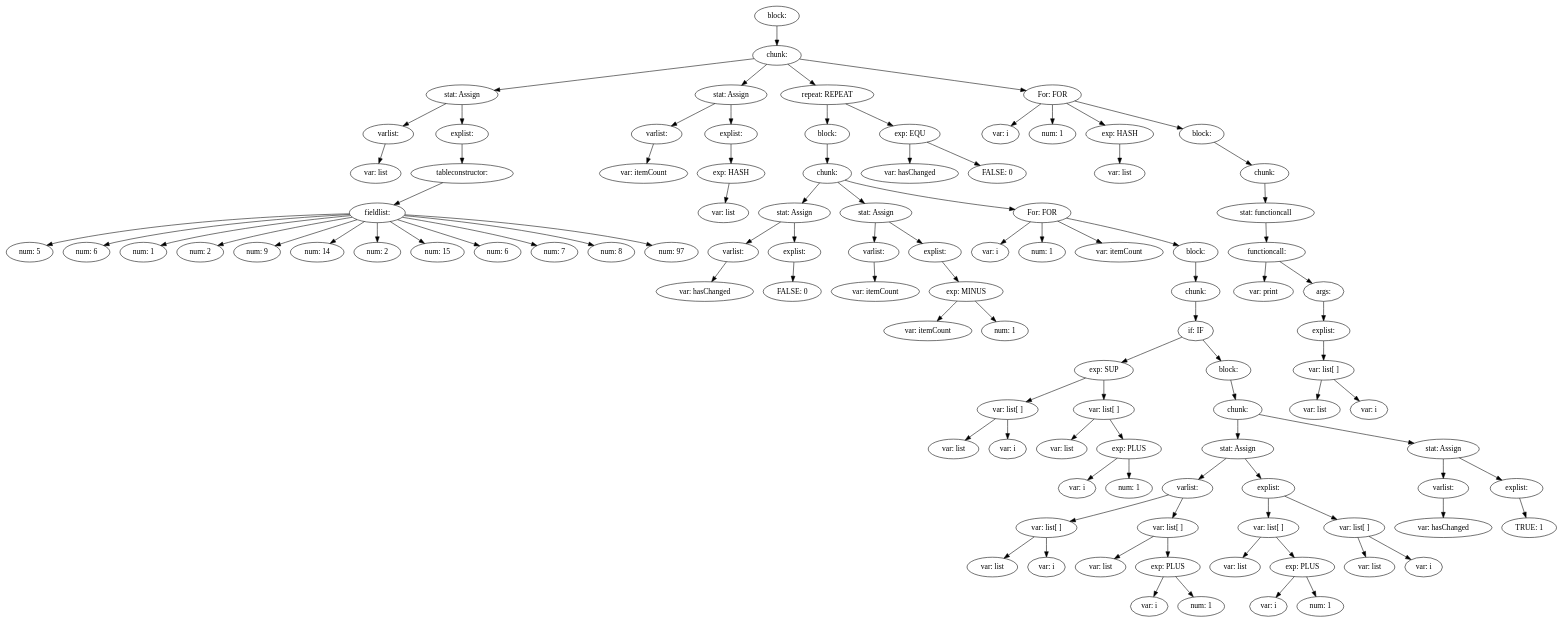
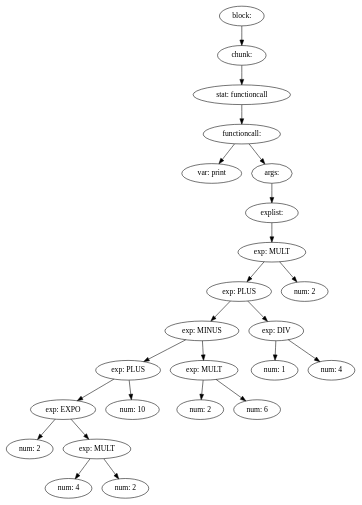
The diagram in ass2/source.md (Inkaru/compiler), drawn with Graphviz before and after one commit. The commit also changed 7 other files, not shown here.

````diff
--- a/ass2/source.md
+++ b/ass2/source.md
@@ -1,205 +1,51 @@
 ```graphviz
 digraph {
-100 [label="block: "];
-100 -> 18
-18 [label="chunk: "];
+23 [label="block: "];
+23 -> 22
+22 [label="chunk: "];
+22 -> 21
+21 [label="stat: functioncall"];
+21 -> 20
+20 [label="functioncall: "];
+20 -> 0
+20 -> 19
+0 [label="var: print"];
+19 [label="args: "];
+19 -> 18
+18 [label="explist: "];
 18 -> 17
-18 -> 24
-18 -> 84
-18 -> 99
-17 [label="stat: Assign"];
-17 -> 1
+17 [label="exp: MULT"];
+17 -> 15
 17 -> 16
-1 [label="varlist: "];
-1 -> 0
-0 [label="var: list"];
-16 [label="explist: "];
-16 -> 15
-15 [label="tableconstructor: "];
-15 -> 3
-3 [label="fieldlist: "];
-3 -> 2
-3 -> 4
-3 -> 5
-3 -> 6
-3 -> 7
-3 -> 8
-3 -> 9
-3 -> 10
-3 -> 11
-3 -> 12
-3 -> 13
-3 -> 14
-2 [label="num: 5"];
-4 [label="num: 6"];
-5 [label="num: 1"];
-6 [label="num: 2"];
-7 [label="num: 9"];
-8 [label="num: 14"];
-9 [label="num: 2"];
-10 [label="num: 15"];
-11 [label="num: 6"];
-12 [label="num: 7"];
-13 [label="num: 8"];
-14 [label="num: 97"];
-24 [label="stat: Assign"];
-24 -> 20
-24 -> 23
-20 [label="varlist: "];
-20 -> 19
-19 [label="var: itemCount"];
-23 [label="explist: "];
-23 -> 22
-22 [label="exp: HASH"];
-22 -> 21
-21 [label="var: list"];
-84 [label="repeat: REPEAT"];
-84 -> 80
-84 -> 83
-80 [label="block: "];
-80 -> 30
-30 [label="chunk: "];
-30 -> 29
-30 -> 37
-30 -> 79
-29 [label="stat: Assign"];
-29 -> 26
-29 -> 28
-26 [label="varlist: "];
-26 -> 25
-25 [label="var: hasChanged"];
-28 [label="explist: "];
-28 -> 27
-27 [label="FALSE: 0"];
-37 [label="stat: Assign"];
-37 -> 32
-37 -> 36
-32 [label="varlist: "];
-32 -> 31
-31 [label="var: itemCount"];
-36 [label="explist: "];
-36 -> 35
-35 [label="exp: MINUS"];
-35 -> 33
-35 -> 34
-33 [label="var: itemCount"];
-34 [label="num: 1"];
-79 [label="For: FOR"];
-79 -> 78
-79 -> 38
-79 -> 39
-79 -> 77
-78 [label="var: i"];
-38 [label="num: 1"];
-39 [label="var: itemCount"];
-77 [label="block: "];
-77 -> 76
-76 [label="chunk: "];
-76 -> 75
-75 [label="if: IF"];
-75 -> 48
-75 -> 74
-48 [label="exp: SUP"];
-48 -> 42
-48 -> 47
-42 [label="var: list[ ]"];
-42 -> 40
-42 -> 41
-40 [label="var: list"];
-41 [label="var: i"];
-47 [label="var: list[ ]"];
-47 -> 43
-47 -> 46
-43 [label="var: list"];
-46 [label="exp: PLUS"];
-46 -> 44
-46 -> 45
-44 [label="var: i"];
-45 [label="num: 1"];
-74 [label="block: "];
-74 -> 68
-68 [label="chunk: "];
-68 -> 67
-68 -> 73
-67 [label="stat: Assign"];
-67 -> 52
-67 -> 63
-52 [label="varlist: "];
-52 -> 51
-52 -> 57
-51 [label="var: list[ ]"];
-51 -> 49
-51 -> 50
-49 [label="var: list"];
-50 [label="var: i"];
-57 [label="var: list[ ]"];
-57 -> 53
-57 -> 56
-53 [label="var: list"];
-56 [label="exp: PLUS"];
-56 -> 54
-56 -> 55
-54 [label="var: i"];
-55 [label="num: 1"];
-63 [label="explist: "];
-63 -> 62
-63 -> 66
-62 [label="var: list[ ]"];
-62 -> 58
-62 -> 61
-58 [label="var: list"];
-61 [label="exp: PLUS"];
-61 -> 59
-61 -> 60
-59 [label="var: i"];
-60 [label="num: 1"];
-66 [label="var: list[ ]"];
-66 -> 64
-66 -> 65
-64 [label="var: list"];
-65 [label="var: i"];
-73 [label="stat: Assign"];
-73 -> 70
-73 -> 72
-70 [label="varlist: "];
-70 -> 69
-69 [label="var: hasChanged"];
-72 [label="explist: "];
-72 -> 71
-71 [label="TRUE: 1"];
-83 [label="exp: EQU"];
-83 -> 81
-83 -> 82
-81 [label="var: hasChanged"];
-82 [label="FALSE: 0"];
-99 [label="For: FOR"];
-99 -> 98
-99 -> 85
-99 -> 87
-99 -> 97
-98 [label="var: i"];
-85 [label="num: 1"];
-87 [label="exp: HASH"];
-87 -> 86
-86 [label="var: list"];
-97 [label="block: "];
-97 -> 96
-96 [label="chunk: "];
-96 -> 95
-95 [label="stat: functioncall"];
-95 -> 94
-94 [label="functioncall: "];
-94 -> 88
-94 -> 93
-88 [label="var: print"];
-93 [label="args: "];
-93 -> 92
-92 [label="explist: "];
-92 -> 91
-91 [label="var: list[ ]"];
-91 -> 89
-91 -> 90
-89 [label="var: list"];
-90 [label="var: i"];
+15 [label="exp: PLUS"];
+15 -> 11
+15 -> 14
+11 [label="exp: MINUS"];
+11 -> 7
+11 -> 10
+7 [label="exp: PLUS"];
+7 -> 5
+7 -> 6
+5 [label="exp: EXPO"];
+5 -> 1
+5 -> 4
+1 [label="num: 2"];
+4 [label="exp: MULT"];
+4 -> 2
+4 -> 3
+2 [label="num: 4"];
+3 [label="num: 2"];
+6 [label="num: 10"];
+10 [label="exp: MULT"];
+10 -> 8
+10 -> 9
+8 [label="num: 2"];
+9 [label="num: 6"];
+14 [label="exp: DIV"];
+14 -> 12
+14 -> 13
+12 [label="num: 1"];
+13 [label="num: 4"];
+16 [label="num: 2"];
 }
 ```
````
